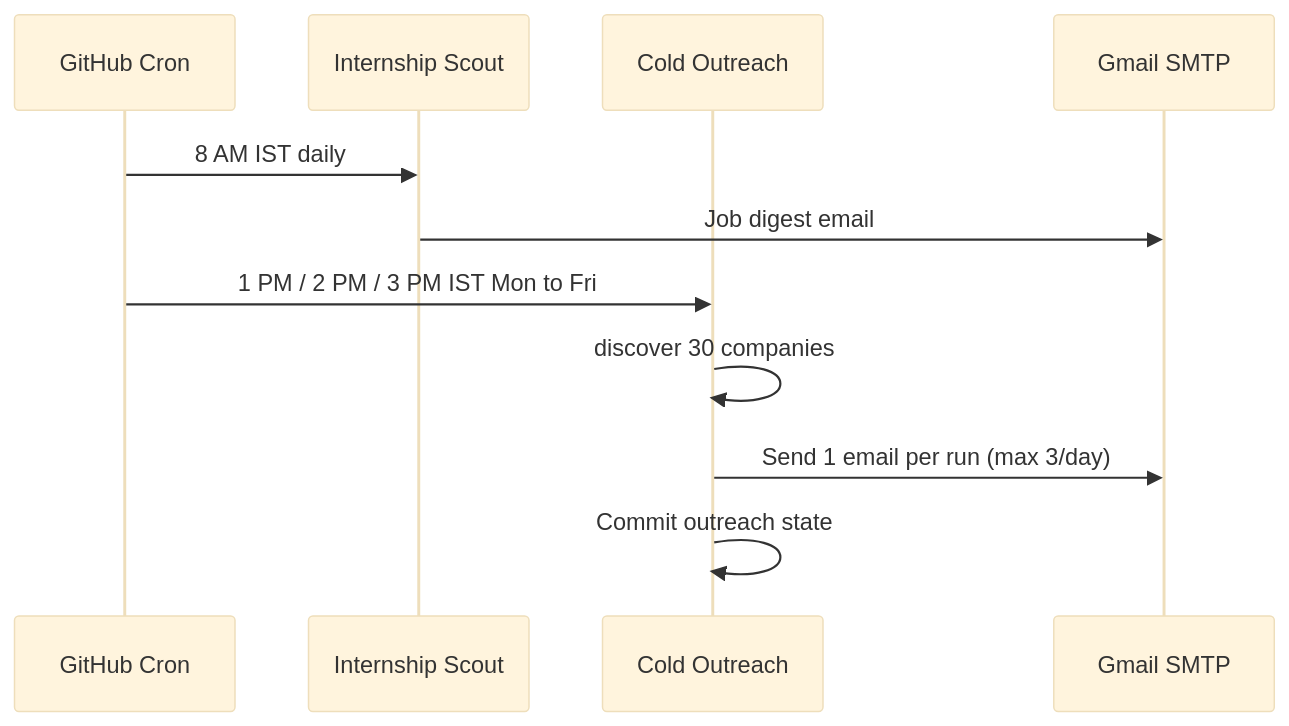
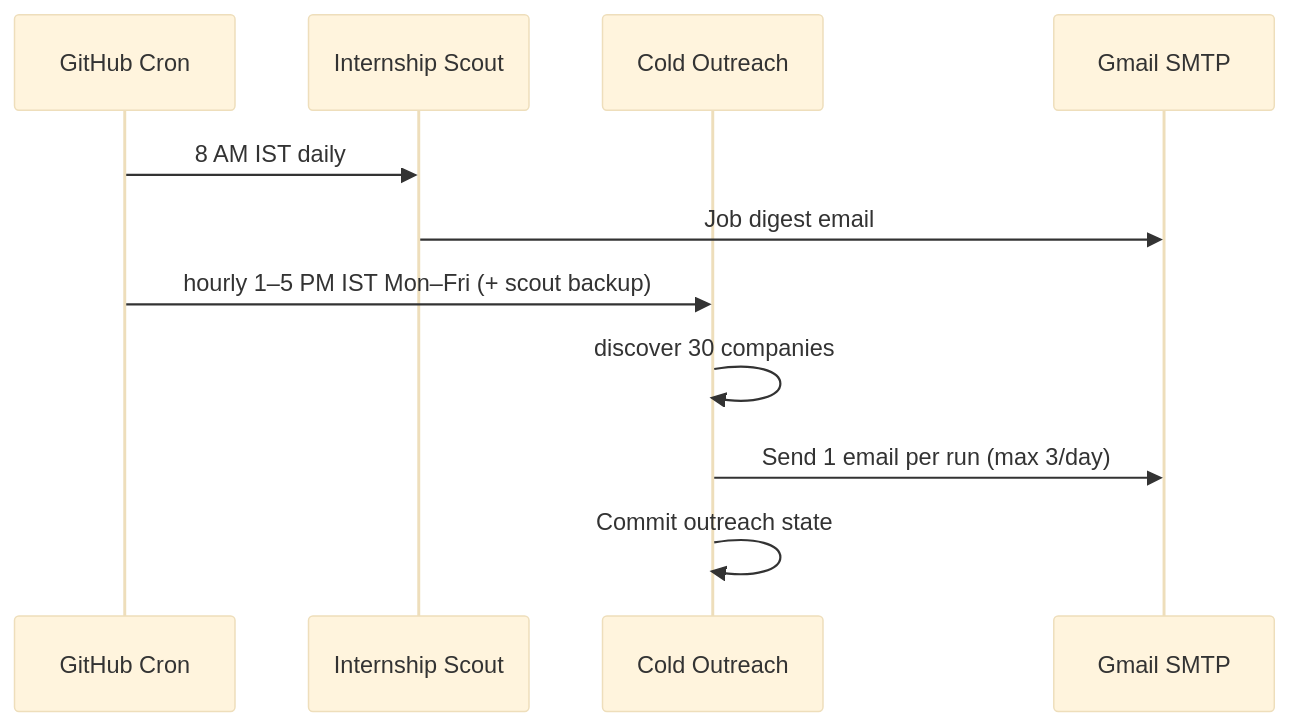
One commit to Ojas-Srivastava05/resume-optimiser changed the fourth of 4 diagrams in README.md. Above: the diagram before and after it, drawn with Mermaid (base theme). The commit also changed other lines of this file and 5 other files, not shown here.

````diff
--- a/README.md
+++ b/README.md
@@ -263,14 +263,14 @@
 ```mermaid
 sequenceDiagram
     participant Cron as GitHub Cron
     participant Scout as Internship Scout
     participant Cold as Cold Outreach
     participant Gmail as Gmail SMTP
 
     Cron->>Scout: 8 AM IST daily
     Scout->>Gmail: Job digest email
-    Cron->>Cold: 1 PM / 2 PM / 3 PM IST Mon to Fri
+    Cron->>Cold: hourly 1–5 PM IST Mon–Fri (+ scout backup)
     Cold->>Cold: discover 30 companies
     Cold->>Gmail: Send 1 email per run (max 3/day)
     Cold->>Cold: Commit outreach state
 ```
````
